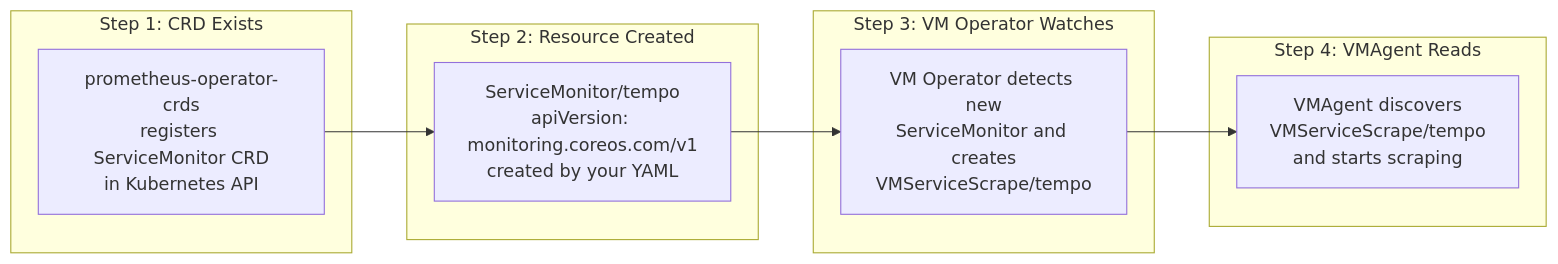
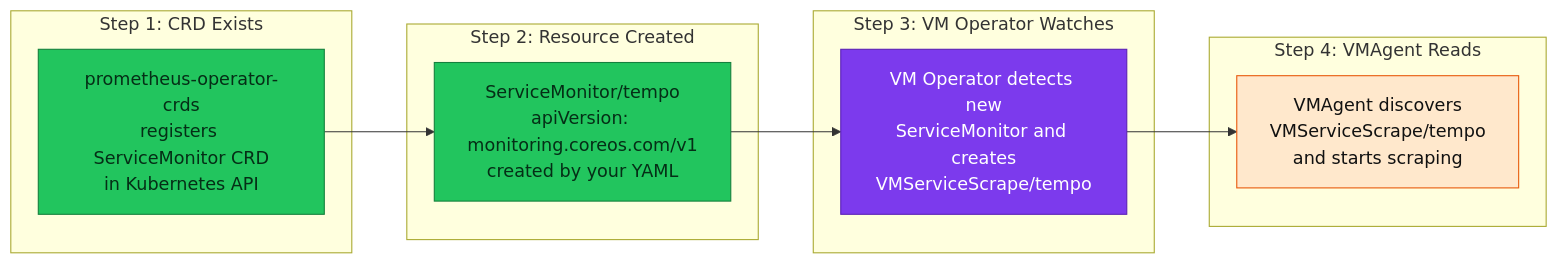
Before and after one commit to duynhlab/homelab: the second of 6 diagrams in docs/observability/metrics/victoriametrics.md, drawn with Mermaid. The commit also changed other lines of this file and 33 other files, not shown here.

First line of the commit message:
Refresh observability diagrams (#516)

````diff
--- a/docs/observability/metrics/victoriametrics.md
+++ b/docs/observability/metrics/victoriametrics.md
@@ -165,22 +181,35 @@
 ```mermaid
 flowchart LR
     subgraph step1 ["Step 1: CRD Exists"]
         CRD["prometheus-operator-crds<br/>registers ServiceMonitor CRD<br/>in Kubernetes API"]
     end
 
     subgraph step2 ["Step 2: Resource Created"]
         SM["ServiceMonitor/tempo<br/>apiVersion: monitoring.coreos.com/v1<br/>created by your YAML"]
     end
 
     subgraph step3 ["Step 3: VM Operator Watches"]
         VMOp["VM Operator detects new<br/>ServiceMonitor and creates<br/>VMServiceScrape/tempo"]
     end
 
     subgraph step4 ["Step 4: VMAgent Reads"]
         VMAgent["VMAgent discovers<br/>VMServiceScrape/tempo<br/>and starts scraping"]
     end
 
     CRD --> SM
     SM --> VMOp
     VMOp --> VMAgent
+
+    classDef service fill:#06b6d4,color:#082f49,stroke:#0e7490;
+    classDef edge fill:#2563eb,color:#fff,stroke:#1e3a8a;
+    classDef platform fill:#7c3aed,color:#fff,stroke:#5b21b6;
+    classDef external fill:#64748b,color:#fff,stroke:#334155;
+    classDef data fill:#22c55e,color:#052e16,stroke:#15803d;
+    classDef metric fill:#ffe8cc,color:#111,stroke:#e8590c;
+    classDef log fill:#d3f9d8,color:#111,stroke:#2f9e44;
+    classDef trace fill:#c5f6fa,color:#111,stroke:#0c8599;
+    classDef collector fill:#a5d8ff,color:#111,stroke:#1971c2;
+    class CRD,SM data;
+    class VMOp platform;
+    class VMAgent metric;
 ```
````
